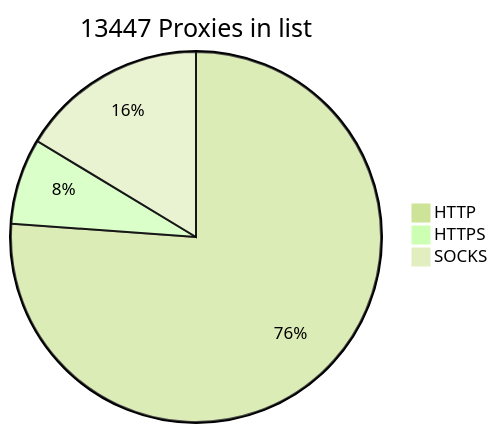
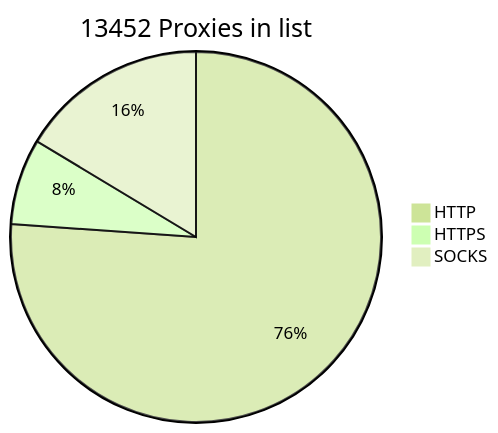
Before and after one commit to BlackSnowDot/proxylist-update-every-minute: the diagram in README.md, drawn with Mermaid (forest theme).

````diff
--- a/README.md
+++ b/README.md
@@ -2,6 +2,6 @@
 ```mermaid
-pie title 13447 Proxies in list
+pie title 13452 Proxies in list
     "HTTP" : 10427
     "HTTPS": 1028
-    "SOCKS" : 2238
+    "SOCKS" : 2243
 ```
````
